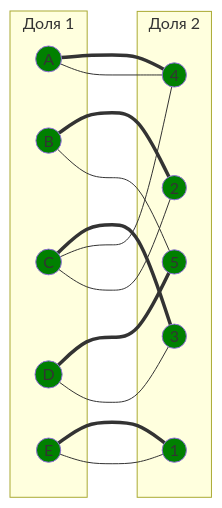
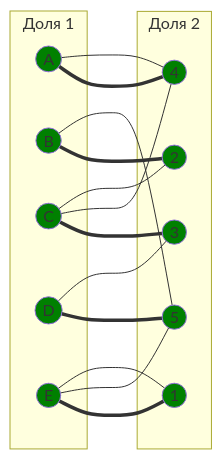
Before and after one commit to algos-ris-24-5/manual-tasks: the ninth of 9 diagrams in Задание 8/DIVI.md, drawn with Mermaid. The commit also changed other lines of this file, not shown here.

````diff
--- a/Задание 8/DIVI.md
+++ b/Задание 8/DIVI.md
@@ -405,39 +355,40 @@
 ```mermaid
 graph LR
     subgraph "Доля 1"
         A((A))
         B((B))
         C((C))
         D((D))
         E((E))
     end
     subgraph "Доля 2"
         1((1))
         2((2))
         3((3))
         4((4))
         5((5))
     end
     A --- 4
     B --- 5
     C --- 2
     C --- 4
     D --- 3
     E --- 1
+    E --- 5
     A === 4
     B === 2
     C === 3
     D === 5
     E === 1
     
     style A fill:#008000
     style B fill:#008000
     style C fill:#008000
     style D fill:#008000
     style E fill:#008000
     style 1 fill:#008000
     style 2 fill:#008000
     style 3 fill:#008000
     style 4 fill:#008000
     style 5 fill:#008000
 ```
````
